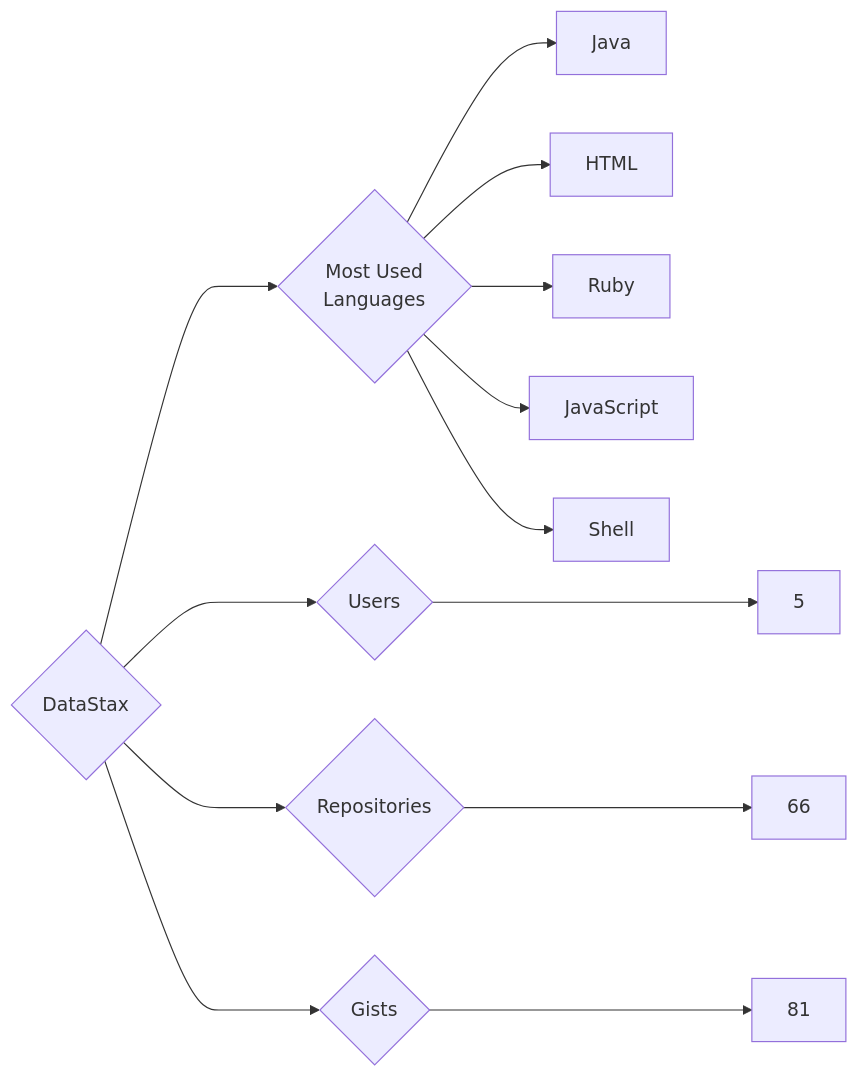
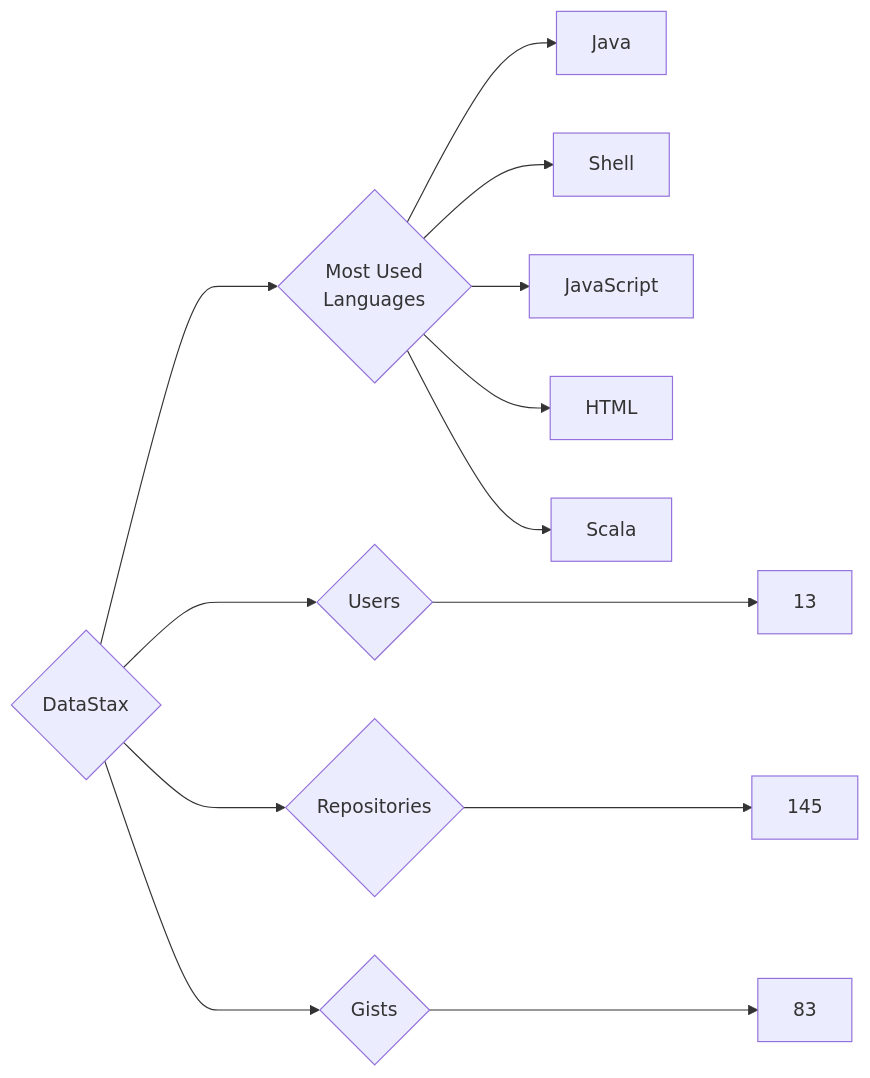
Before and after one commit to trickest/insiders: the diagram in targets/DataStax/README.md, drawn with Mermaid. The commit also changed 1314 other files, not shown here.

````diff
--- a/targets/DataStax/README.md
+++ b/targets/DataStax/README.md
@@ -3,13 +3,13 @@
 ```mermaid
 graph LR
 COMPANY_NAME{DataStax}
-COMPANY_NAME ---> U{Users} ---> UN[5]
-COMPANY_NAME ---> R{Repositories} ---> RN[66]
-COMPANY_NAME ---> G{Gists} ---> GN[81]
+COMPANY_NAME ---> U{Users} ---> UN[13]
+COMPANY_NAME ---> R{Repositories} ---> RN[145]
+COMPANY_NAME ---> G{Gists} ---> GN[83]
 COMPANY_NAME ---> ML{Most Used<br>Languages}
 ML --> Java[Java]
+ML --> Shell[Shell]
+ML --> JavaScript[JavaScript]
 ML --> HTML[HTML]
-ML --> Ruby[Ruby]
-ML --> JavaScript[JavaScript]
-ML --> Shell[Shell]
+ML --> Scala[Scala]
 ```
````
